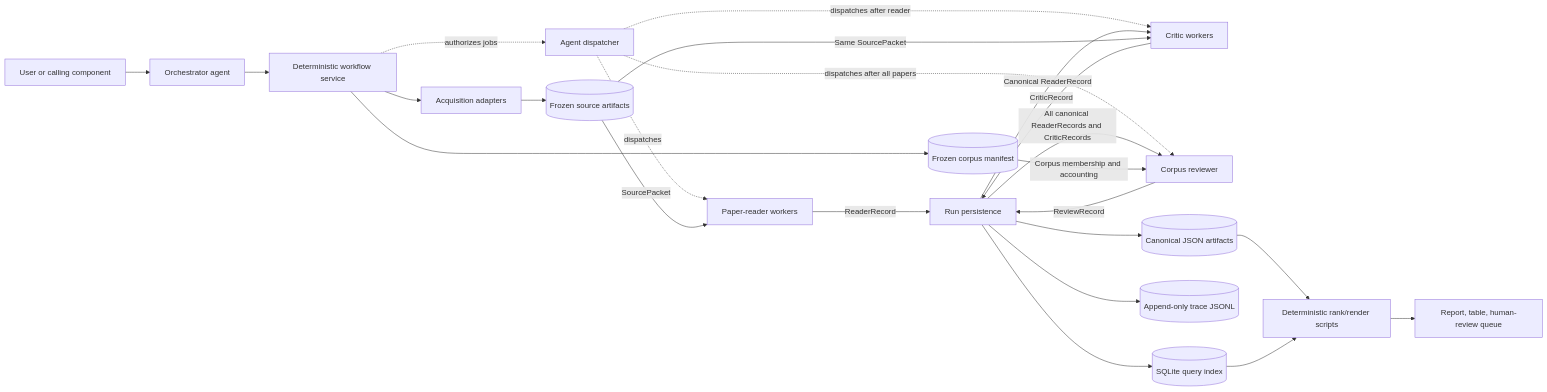
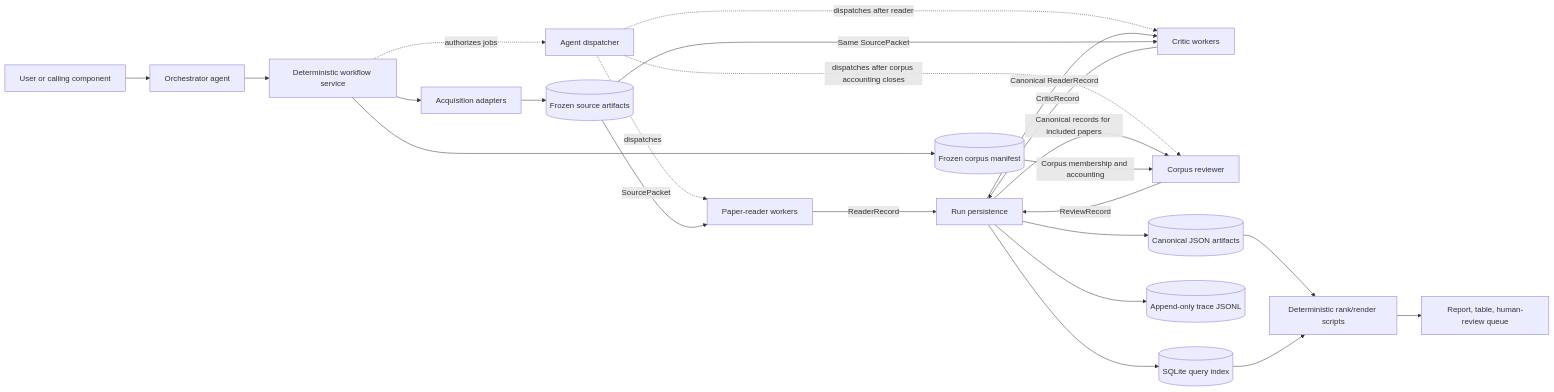
One commit to seiers24/arxiv-triage changed the first of 9 diagrams in docs/specs/01-core-investigation-platform.md. Above: the diagram before and after it, drawn with Mermaid. The commit also changed other lines of this file and 32 other files, not shown here.

````diff
--- a/docs/specs/01-core-investigation-platform.md
+++ b/docs/specs/01-core-investigation-platform.md
@@ -57,26 +61,26 @@
 ```mermaid
 flowchart LR
     U[User or calling component] --> O[Orchestrator agent]
     O --> W[Deterministic workflow service]
     W --> A[Acquisition adapters]
     A --> S[(Frozen source artifacts)]
     W --> M[(Frozen corpus manifest)]
     W -. authorizes jobs .-> D[Agent dispatcher]
     D -. dispatches .-> R[Paper-reader workers]
     D -. dispatches after reader .-> C[Critic workers]
-    D -. dispatches after all papers .-> V[Corpus reviewer]
+    D -. dispatches after corpus accounting closes .-> V[Corpus reviewer]
     S -->|SourcePacket| R
     R -->|ReaderRecord| P[Run persistence]
     P -->|Canonical ReaderRecord| C
     S -->|Same SourcePacket| C
     C -->|CriticRecord| P
-    P -->|All canonical ReaderRecords and CriticRecords| V
+    P -->|Canonical records for included papers| V
     M -->|Corpus membership and accounting| V
     V -->|ReviewRecord| P
     P --> F[(Canonical JSON artifacts)]
     P --> T[(Append-only trace JSONL)]
     P --> Q[(SQLite query index)]
     F --> X[Deterministic rank/render scripts]
     Q --> X
     X --> B[Report, table, human-review queue]
 ```
````
